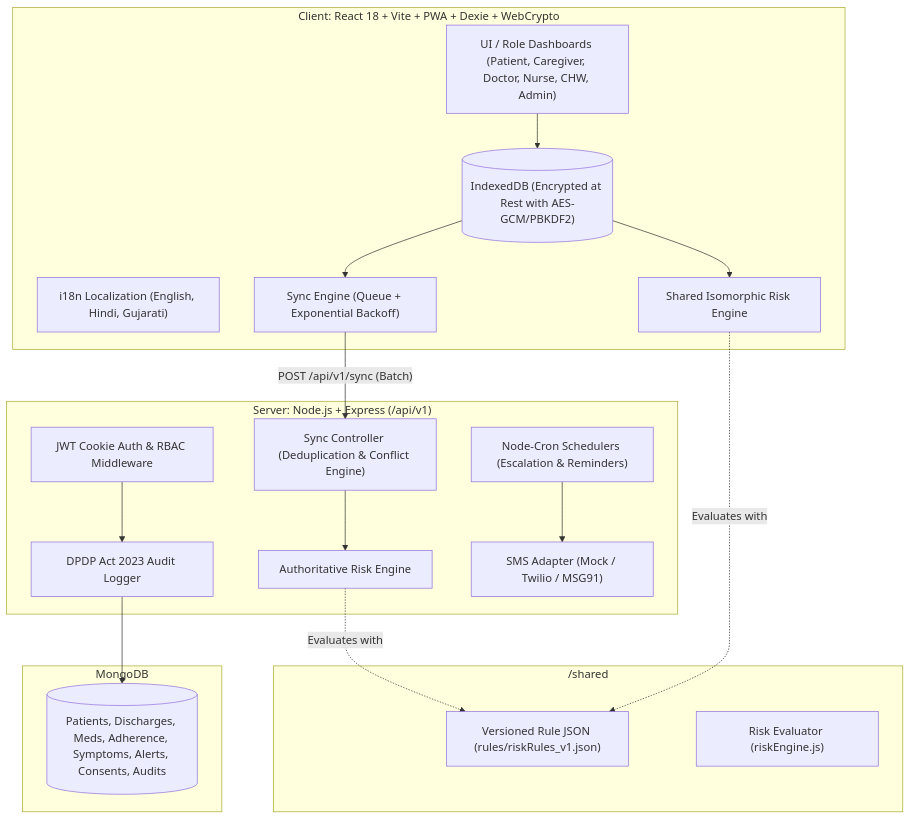
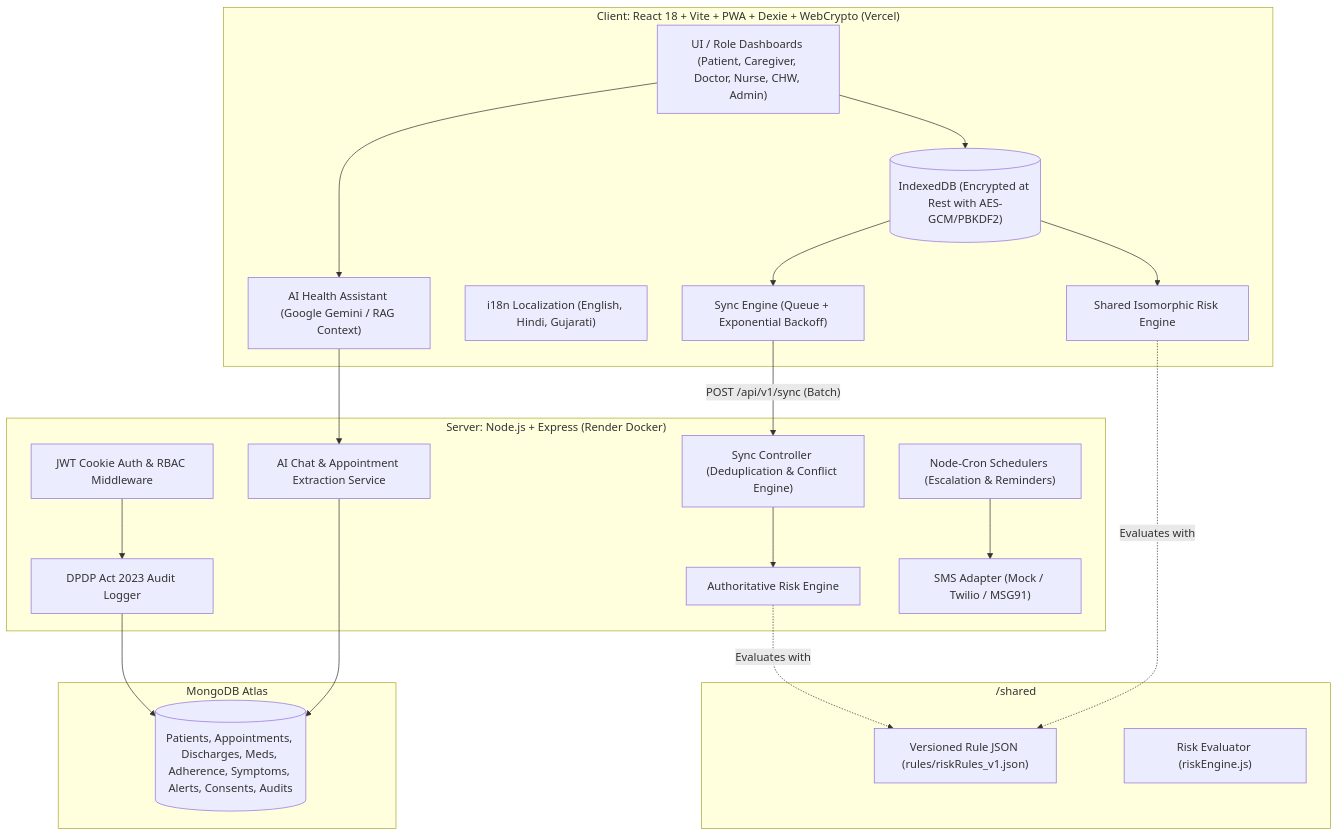
One commit to JatinAsnani/Healthverse changed the diagram in README.md. Above: the diagram before and after it, drawn with Mermaid. The commit also changed other lines of this file, not shown here.

Commit message:
docs: update README with live deployment URL, production architecture, and recent feature additions

````diff
--- a/README.md
+++ b/README.md
@@ -16,38 +61,43 @@
 ```mermaid
 graph TD
-    subgraph Client ["Client: React 18 + Vite + PWA + Dexie + WebCrypto"]
+    subgraph Client ["Client: React 18 + Vite + PWA + Dexie + WebCrypto (Vercel)"]
         UI["UI / Role Dashboards (Patient, Caregiver, Doctor, Nurse, CHW, Admin)"]
+        AIAssist["AI Health Assistant (Google Gemini / RAG Context)"]
         i18n["i18n Localization (English, Hindi, Gujarati)"]
         DexieDB[("IndexedDB (Encrypted at Rest with AES-GCM/PBKDF2)")]
         SyncEngine["Sync Engine (Queue + Exponential Backoff)"]
         ClientRisk["Shared Isomorphic Risk Engine"]
     end
 
     subgraph Shared ["/shared"]
         RuleJSON["Versioned Rule JSON (rules/riskRules_v1.json)"]
         RiskEngine["Risk Evaluator (riskEngine.js)"]
     end
 
-    subgraph Server ["Server: Node.js + Express (/api/v1)"]
+    subgraph Server ["Server: Node.js + Express (Render Docker)"]
         AuthRBAC["JWT Cookie Auth & RBAC Middleware"]
+        AIEngine["AI Chat & Appointment Extraction Service"]
         DPDPAudit["DPDP Act 2023 Audit Logger"]
         SyncController["Sync Controller (Deduplication & Conflict Engine)"]
         ServerRisk["Authoritative Risk Engine"]
         CronSched["Node-Cron Schedulers (Escalation & Reminders)"]
         SMSAdapt["SMS Adapter (Mock / Twilio / MSG91)"]
     end
 
-    subgraph Database ["MongoDB"]
-        DBCollections[("Patients, Discharges, Meds, Adherence, Symptoms, Alerts, Consents, Audits")]
+    subgraph Database ["MongoDB Atlas"]
+        DBCollections[("Patients, Appointments, Discharges, Meds, Adherence, Symptoms, Alerts, Consents, Audits")]
     end
 
     UI --> DexieDB
+    UI --> AIAssist
+    AIAssist --> AIEngine
     DexieDB --> ClientRisk
     ClientRisk -. Evaluates with .-> RuleJSON
     DexieDB --> SyncEngine
     SyncEngine -- "POST /api/v1/sync (Batch)" --> SyncController
     SyncController --> ServerRisk
     ServerRisk -. Evaluates with .-> RuleJSON
     AuthRBAC --> DPDPAudit --> DBCollections
+    AIEngine --> DBCollections
     CronSched --> SMSAdapt
 ```
````
